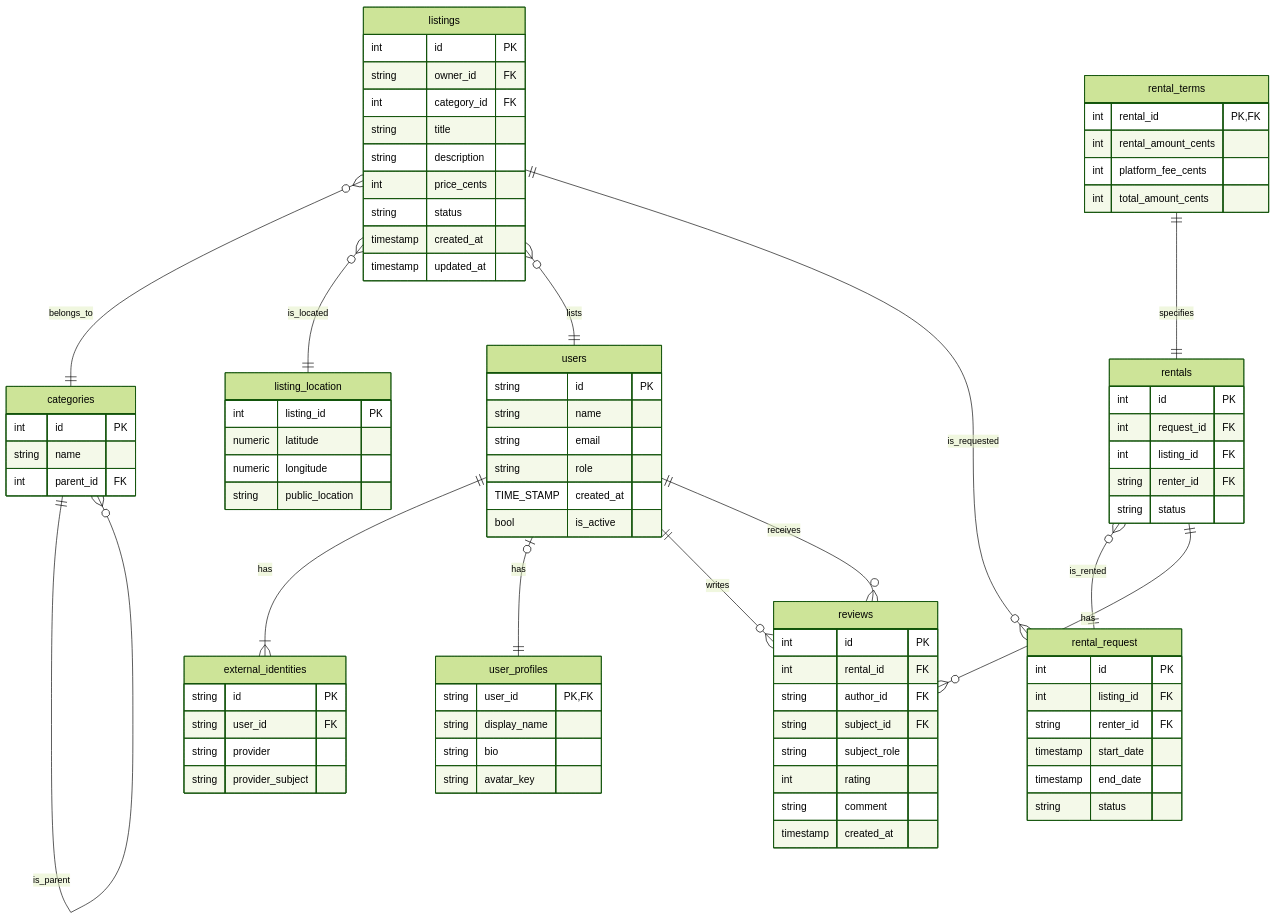
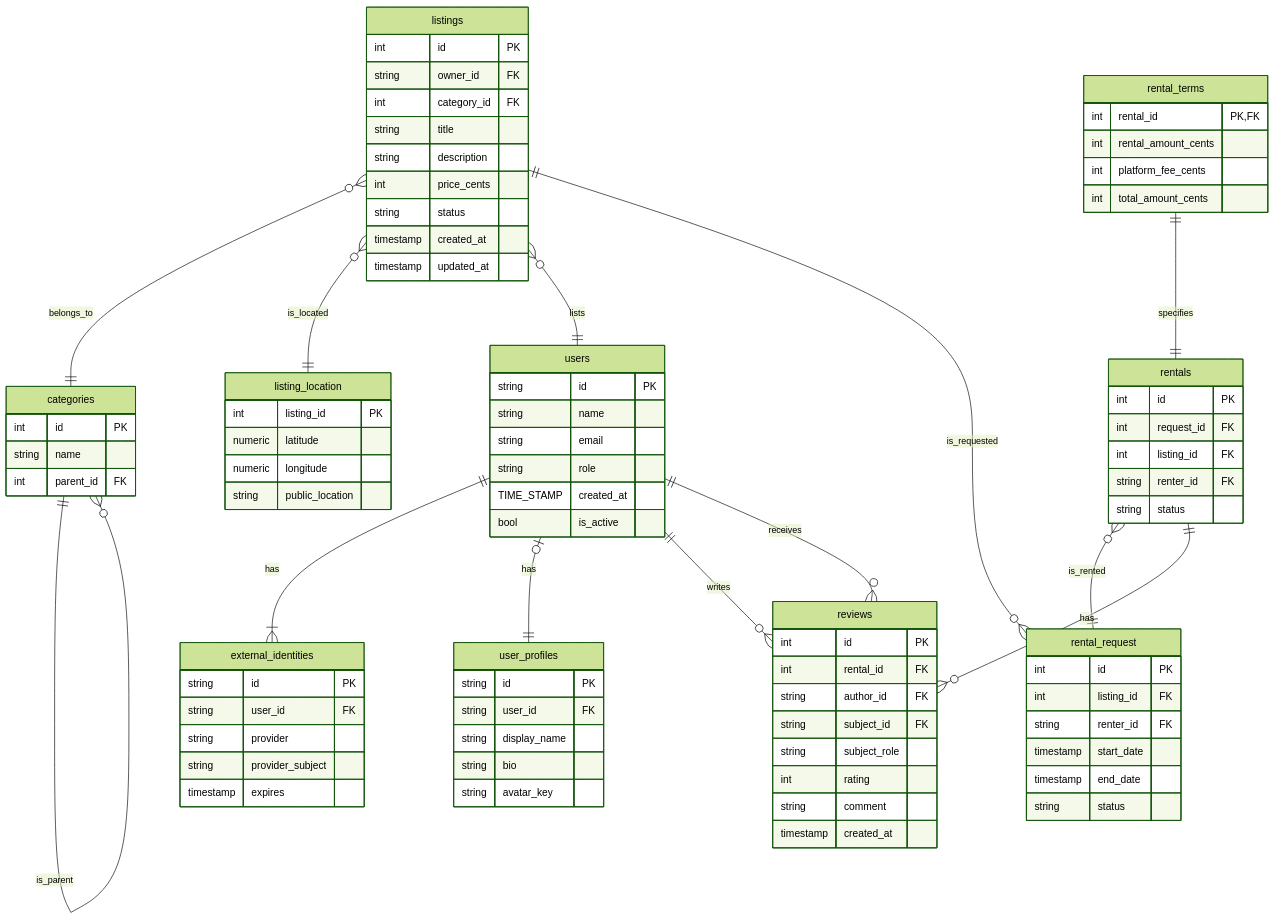
Before and after one commit to tradeit-fer/tradeit: the diagram in db/diagrams/ER diagram.md, drawn with Mermaid (forest theme). The commit also changed 34 other files, not shown here.

```diff
--- a/db/diagrams/ER diagram.md
+++ b/db/diagrams/ER diagram.md
@@ -26,9 +26,11 @@
         string user_id FK
         string provider
         string provider_subject
+        timestamp expires
     }
     user_profiles{
-        string user_id PK,FK
+        string id PK
+        string user_id FK
         string display_name 
         string bio
         string avatar_key
```
